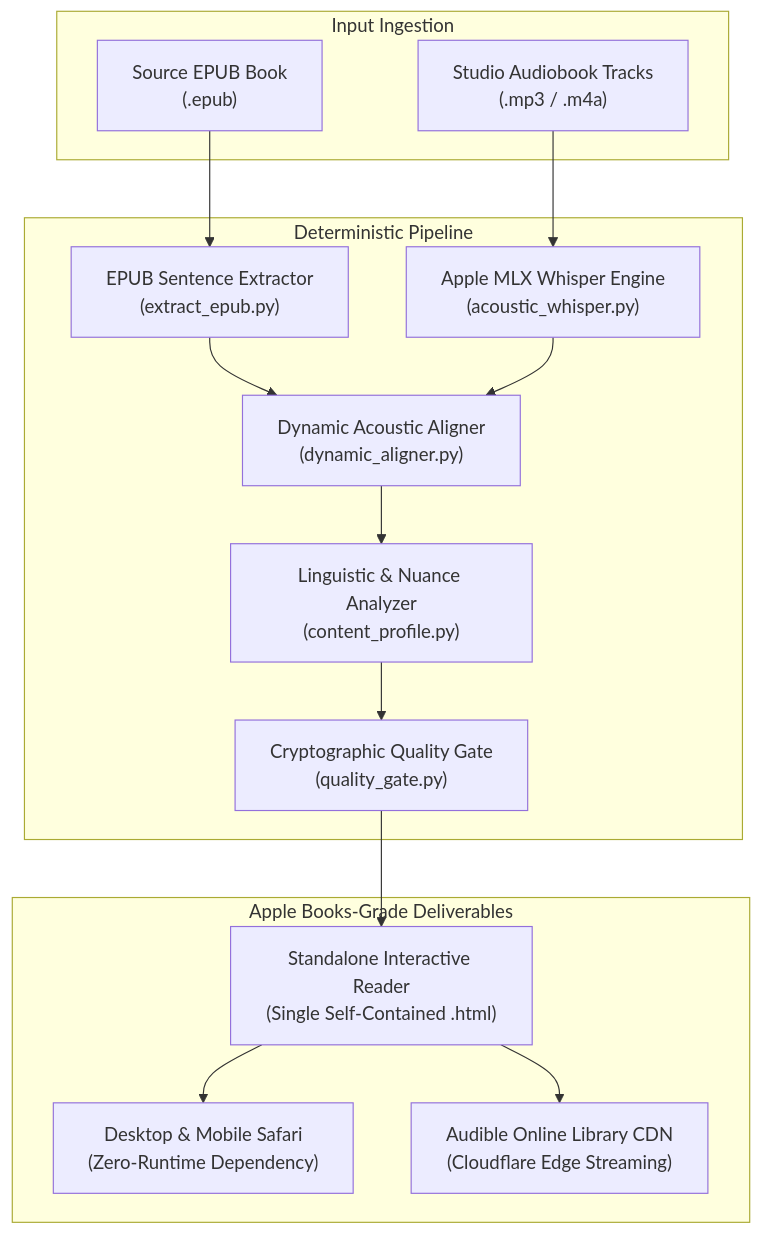
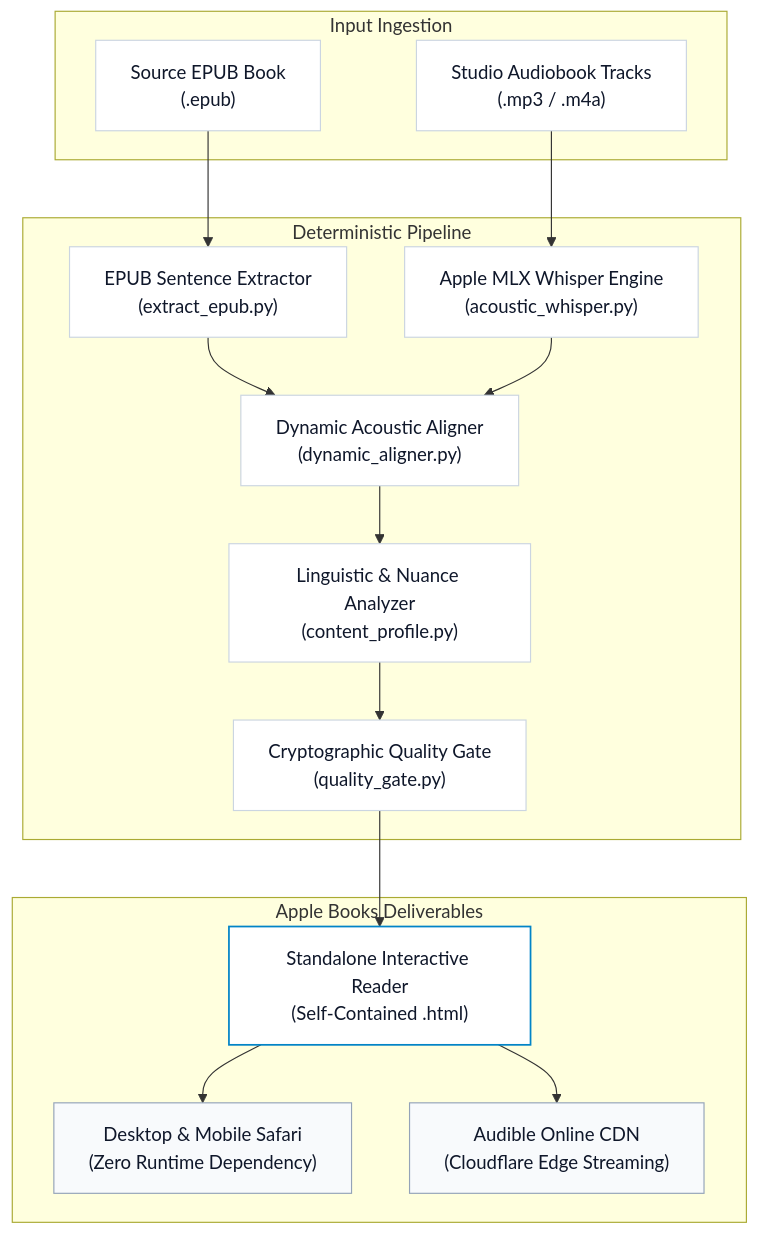
One commit to chase-yuan/interactive-audiobook-reader-pipeline changed the diagram in README.md. Above: the diagram before and after it, drawn with Mermaid. The commit also changed other lines of this file, not shown here.

Commit message:
style(readme): enforce Aesthetic Principle Zero (AP0-AP4) and WeMark typography standards

````diff
--- a/README.md
+++ b/README.md
@@ -49,22 +47,33 @@
 ```mermaid
 flowchart TD
     subgraph "Input Ingestion"
         A["Source EPUB Book<br>(.epub)"]
         B["Studio Audiobook Tracks<br>(.mp3 / .m4a)"]
     end
 
     subgraph "Deterministic Pipeline"
         A --> C["EPUB Sentence Extractor<br>(extract_epub.py)"]
         B --> D["Apple MLX Whisper Engine<br>(acoustic_whisper.py)"]
         C --> E["Dynamic Acoustic Aligner<br>(dynamic_aligner.py)"]
         D --> E
         E --> F["Linguistic & Nuance Analyzer<br>(content_profile.py)"]
         F --> G["Cryptographic Quality Gate<br>(quality_gate.py)"]
     end
 
-    subgraph "Apple Books-Grade Deliverables"
-        G --> H["Standalone Interactive Reader<br>(Single Self-Contained .html)"]
-        H --> I["Desktop & Mobile Safari<br>(Zero-Runtime Dependency)"]
-        H --> J["Audible Online Library CDN<br>(Cloudflare Edge Streaming)"]
+    subgraph "Apple Books Deliverables"
+        G --> H["Standalone Interactive Reader<br>(Self-Contained .html)"]
+        H --> I["Desktop & Mobile Safari<br>(Zero Runtime Dependency)"]
+        H --> J["Audible Online CDN<br>(Cloudflare Edge Streaming)"]
     end
+
+    style A fill:#ffffff,stroke:#cbd5e1,stroke-width:1px,color:#0f172a
+    style B fill:#ffffff,stroke:#cbd5e1,stroke-width:1px,color:#0f172a
+    style C fill:#ffffff,stroke:#cbd5e1,stroke-width:1px,color:#0f172a
+    style D fill:#ffffff,stroke:#cbd5e1,stroke-width:1px,color:#0f172a
+    style E fill:#ffffff,stroke:#cbd5e1,stroke-width:1px,color:#0f172a
+    style F fill:#ffffff,stroke:#cbd5e1,stroke-width:1px,color:#0f172a
+    style G fill:#ffffff,stroke:#cbd5e1,stroke-width:1px,color:#0f172a
+    style H fill:#ffffff,stroke:#0284c7,stroke-width:1.5px,color:#0f172a
+    style I fill:#f8fafc,stroke:#94a3b8,stroke-width:1px,color:#0f172a
+    style J fill:#f8fafc,stroke:#94a3b8,stroke-width:1px,color:#0f172a
 ```
````
